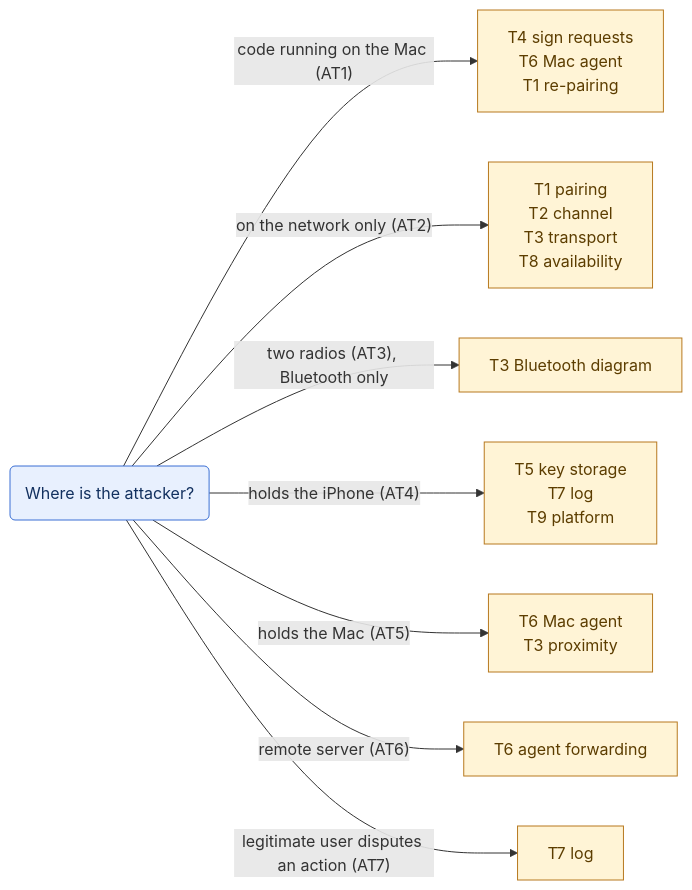
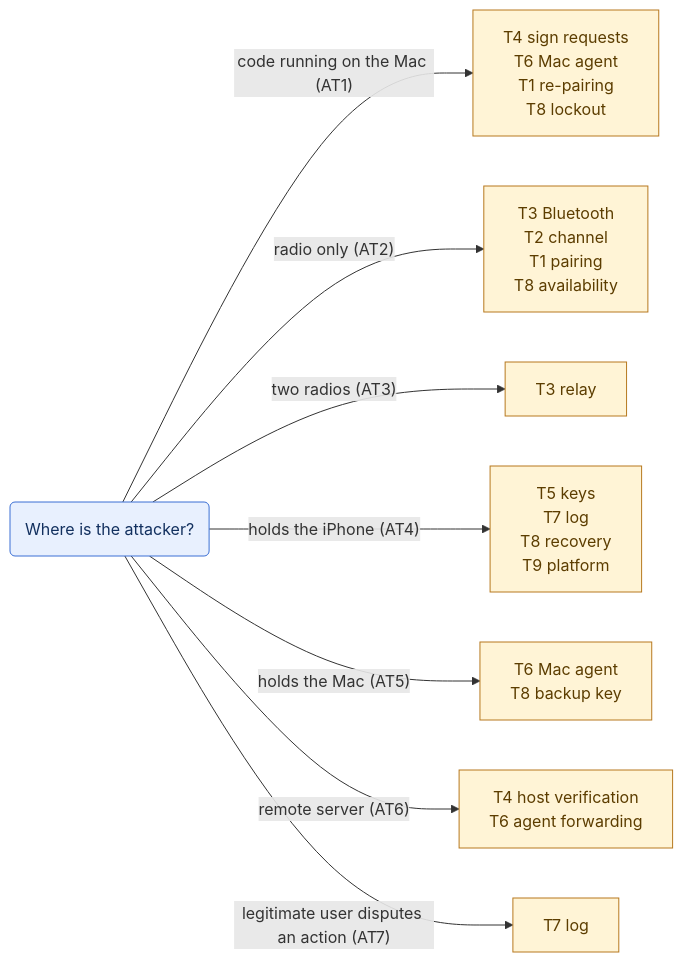
Before and after one commit to Samylay/sentry-key: the first of 17 diagrams in docs/red-team/README.md, drawn with Mermaid. The commit also changed other lines of this file and 1 other file, not shown here.

First line of the commit message:
Align red team guide with docs/ARCHITECTURE.md (prompt P-007)

````diff
--- a/docs/red-team/README.md
+++ b/docs/red-team/README.md
@@ -62,13 +91,13 @@
 ```mermaid
 flowchart LR
   classDef q fill:#e8f0fe,stroke:#3b6fd4,color:#12305f
   classDef tree fill:#fff4d6,stroke:#b7791f,color:#5c3d00
   start("Where is the attacker?"):::q
-  start -->|"code running on the Mac (AT1)"| t1["T4 sign requests<br/>T6 Mac agent<br/>T1 re-pairing"]:::tree
-  start -->|"on the network only (AT2)"| t2["T1 pairing<br/>T2 channel<br/>T3 transport<br/>T8 availability"]:::tree
-  start -->|"two radios (AT3), Bluetooth only"| t3["T3 Bluetooth diagram"]:::tree
-  start -->|"holds the iPhone (AT4)"| t4["T5 key storage<br/>T7 log<br/>T9 platform"]:::tree
-  start -->|"holds the Mac (AT5)"| t5["T6 Mac agent<br/>T3 proximity"]:::tree
-  start -->|"remote server (AT6)"| t6["T6 agent forwarding"]:::tree
+  start -->|"code running on the Mac (AT1)"| t1["T4 sign requests<br/>T6 Mac agent<br/>T1 re-pairing<br/>T8 lockout"]:::tree
+  start -->|"radio only (AT2)"| t2["T3 Bluetooth<br/>T2 channel<br/>T1 pairing<br/>T8 availability"]:::tree
+  start -->|"two radios (AT3)"| t3["T3 relay"]:::tree
+  start -->|"holds the iPhone (AT4)"| t4["T5 keys<br/>T7 log<br/>T8 recovery<br/>T9 platform"]:::tree
+  start -->|"holds the Mac (AT5)"| t5["T6 Mac agent<br/>T8 backup key"]:::tree
+  start -->|"remote server (AT6)"| t6["T4 host verification<br/>T6 agent forwarding"]:::tree
   start -->|"legitimate user disputes an action (AT7)"| t7["T7 log"]:::tree
 ```
````
